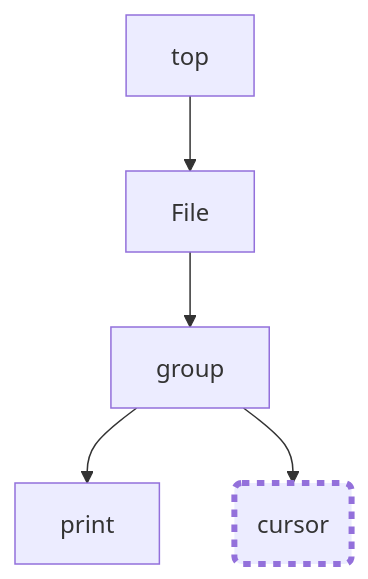
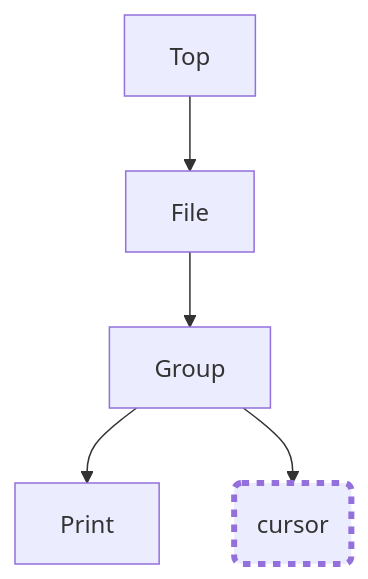
One commit to microsoft/Trieste changed the fourth of 27 diagrams in samples/infix/README.md. Above: the diagram before and after it, drawn with Mermaid. The commit also changed other lines of this file and 1 other file, not shown here.

````diff
--- a/samples/infix/README.md
+++ b/samples/infix/README.md
@@ -254,8 +290,8 @@
 ``` mermaid
 graph TD;
-  A[top]-->B[File]
-  B-->C[group]
-  C-->D[print]
+  A[Top]-->B[File]
+  B-->C[Group]
+  C-->D[Print]
   C-->E(cursor):::cursor
   classDef cursor stroke-width:4px,stroke-dasharray:5 5;
 ```
````
